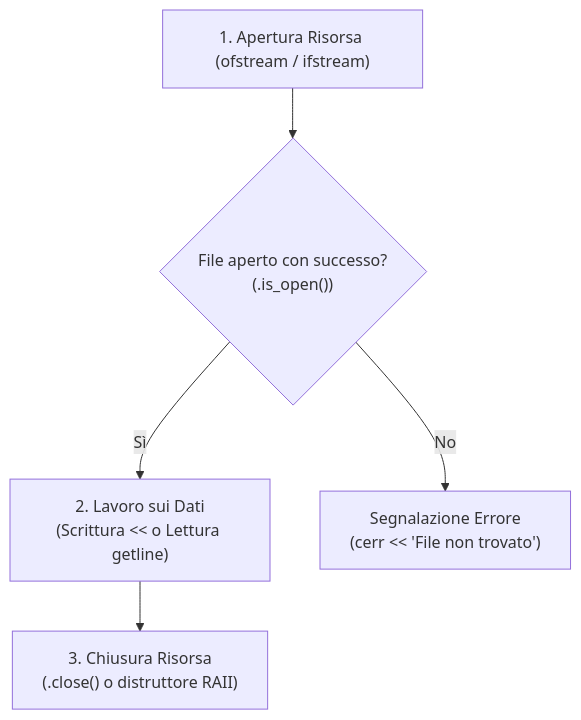
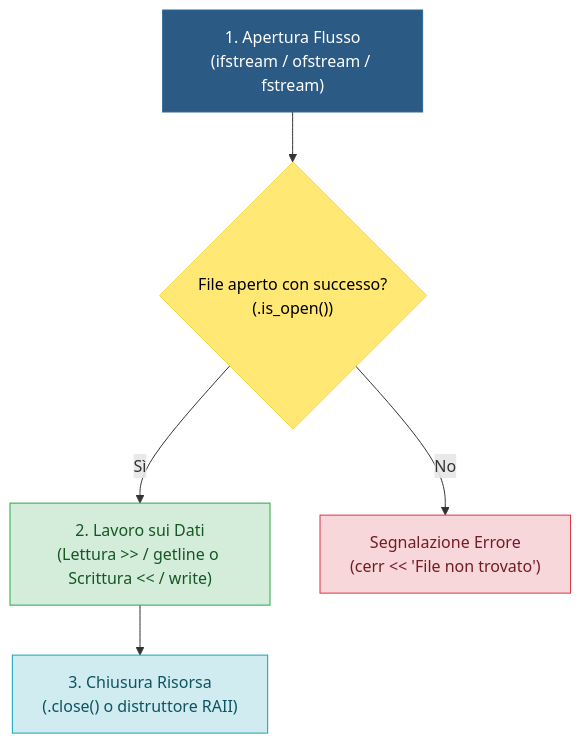
One commit to Ale3086/AppuntiAleCas changed the first of 4 diagrams in content/Informatica/Cpp/Gestione dei file.md. Above: the diagram before and after it, drawn with Mermaid. The commit also changed other lines of this file and 202 other files, not shown here.

````diff
--- a/content/Informatica/Cpp/Gestione dei file.md
+++ b/content/Informatica/Cpp/Gestione dei file.md
@@ -15,7 +15,13 @@
 ```mermaid
 flowchart TD
-    A["1. Apertura Risorsa (ofstream / ifstream)"] --> B{"File aperto con successo?<br>(.is_open())"}
-    B -->|"Sì"| C["2. Lavoro sui Dati<br>(Scrittura << o Lettura getline)"]
+    A["1. Apertura Flusso\n(ifstream / ofstream / fstream)"] --> B{"File aperto con successo?<br>(.is_open())"}
+    B -->|"Sì"| C["2. Lavoro sui Dati\n(Lettura >> / getline o Scrittura << / write)"]
     B -->|"No"| ERR["Segnalazione Errore<br>(cerr << 'File non trovato')"]
-    C --> D["3. Chiusura Risorsa<br>(.close() o distruttore RAII)"]
+    C --> D["3. Chiusura Risorsa\n(.close() o distruttore RAII)"]
+
+    style A fill:#2b5b84,stroke:#306998,color:#fff
+    style B fill:#ffe873,stroke:#ffd43b,color:#000
+    style C fill:#d4edda,stroke:#28a745,color:#155724
+    style D fill:#d1ecf1,stroke:#17a2b8,color:#0c5460
+    style ERR fill:#f8d7da,stroke:#dc3545,color:#721c24
 ```
````
